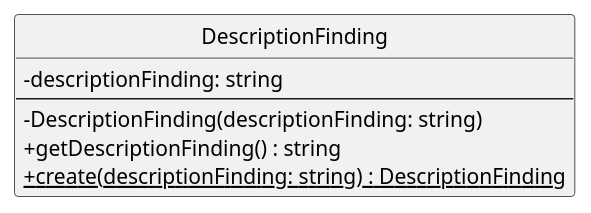
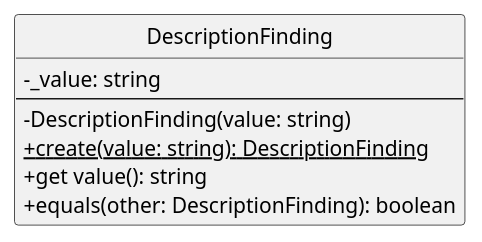
The diagram in assets/st_diagrams/code/plantuml/analysis/domain/valueObjects/descriptionFinding.vo.plantuml (SkarabGroup/DocumentazioneProgetto), drawn with PlantUML before and after one commit. The commit also changed 88 other files, not shown here.

```diff
--- a/assets/st_diagrams/code/plantuml/analysis/domain/valueObjects/descriptionFinding.vo.plantuml
+++ b/assets/st_diagrams/code/plantuml/analysis/domain/valueObjects/descriptionFinding.vo.plantuml
@@ -1,18 +1,17 @@
 @startuml DescriptionFinding
-
 skinparam componentStyle uml2.5
 skinparam linetype ortho
-skinparam nodesep auto
-skinparam ranksep 70
+skinparam nodesep 30
+skinparam ranksep 30
 skinparam ClassAttributeIconSize 0
 hide circles
 
 class DescriptionFinding {
-    - descriptionFinding: string
+    - _value: string
     ---
-    - DescriptionFinding(descriptionFinding: string)
-    + getDescriptionFinding() : string
-    + {static} create(descriptionFinding: string) : DescriptionFinding
+    - DescriptionFinding(value: string)
+    + {static} create(value: string): DescriptionFinding
+    + get value(): string
+    + equals(other: DescriptionFinding): boolean
 }
-
 @enduml
```
